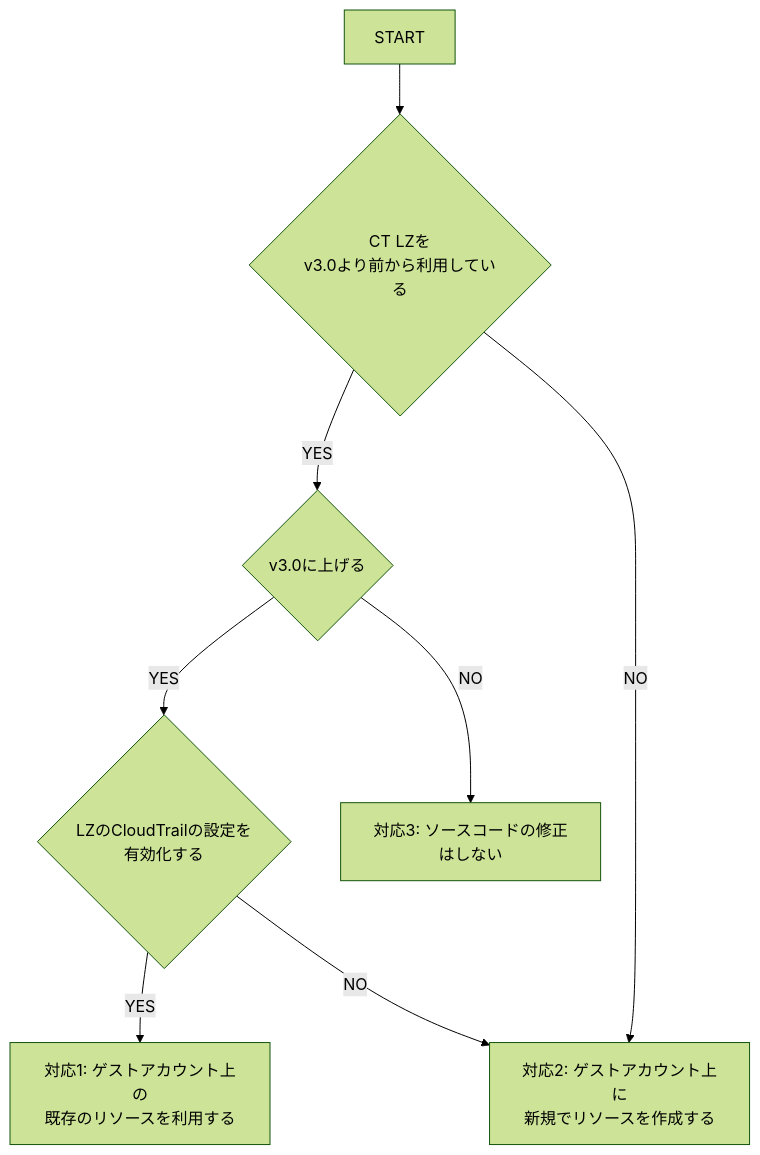
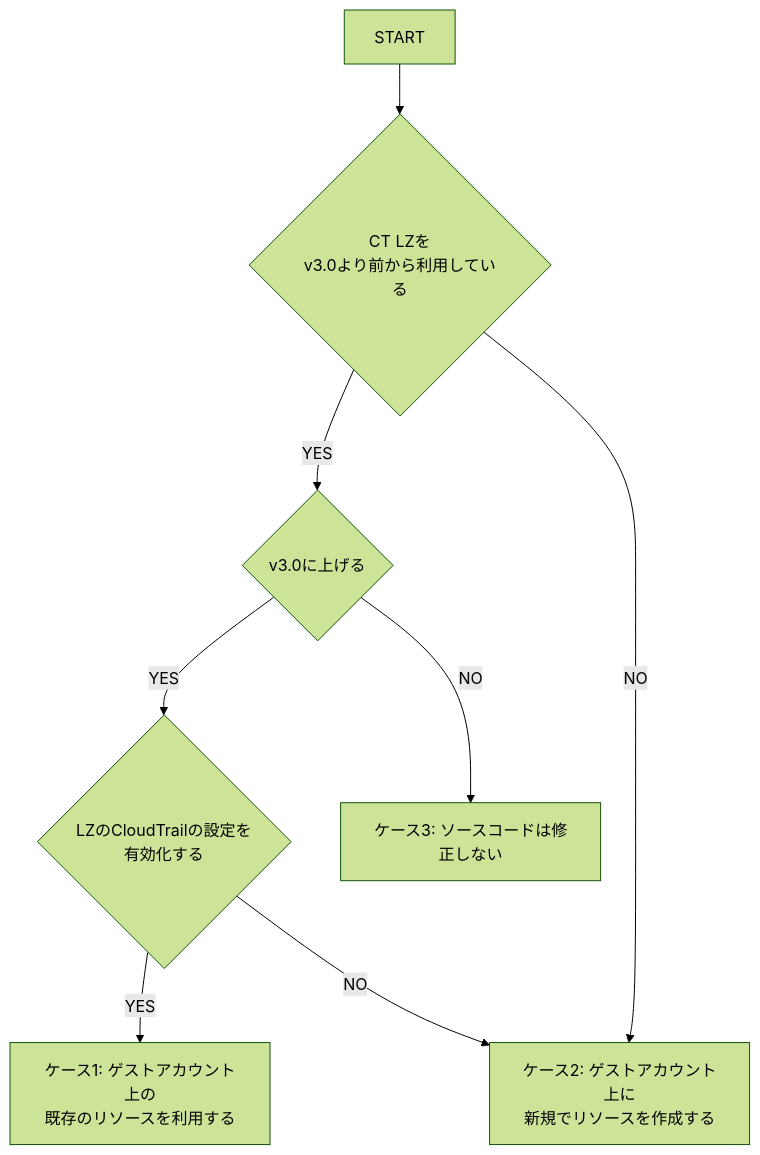
One commit to aws-samples/baseline-environment-on-aws changed the diagram in usecases/base-ct-guest/README_ja.md. Above: the diagram before and after it, drawn with Mermaid (forest theme). The commit also changed other lines of this file, not shown here.

````diff
--- a/usecases/base-ct-guest/README_ja.md
+++ b/usecases/base-ct-guest/README_ja.md
@@ -25,10 +25,10 @@
 ```mermaid
 flowchart TD
 A[START] --> B{CT LZを<br>v3.0より前から利用している}
 B -->|YES| C{v3.0に上げる}
 C -->|YES| D{LZのCloudTrailの設定を<br>有効化する}
-C -->|NO| E[対応3: ソースコードの修正はしない]
-D -->|YES| F[対応1: ゲストアカウント上の<br>既存のリソースを利用する]
-D -->|NO| G[対応2: ゲストアカウント上に<br>新規でリソースを作成する]
+C -->|NO| E[ケース3: ソースコードは修正しない]
+D -->|YES| F[ケース1: ゲストアカウント上の<br>既存のリソースを利用する]
+D -->|NO| G[ケース2: ゲストアカウント上に<br>新規でリソースを作成する]
 B -->|NO| G
 ```
````
